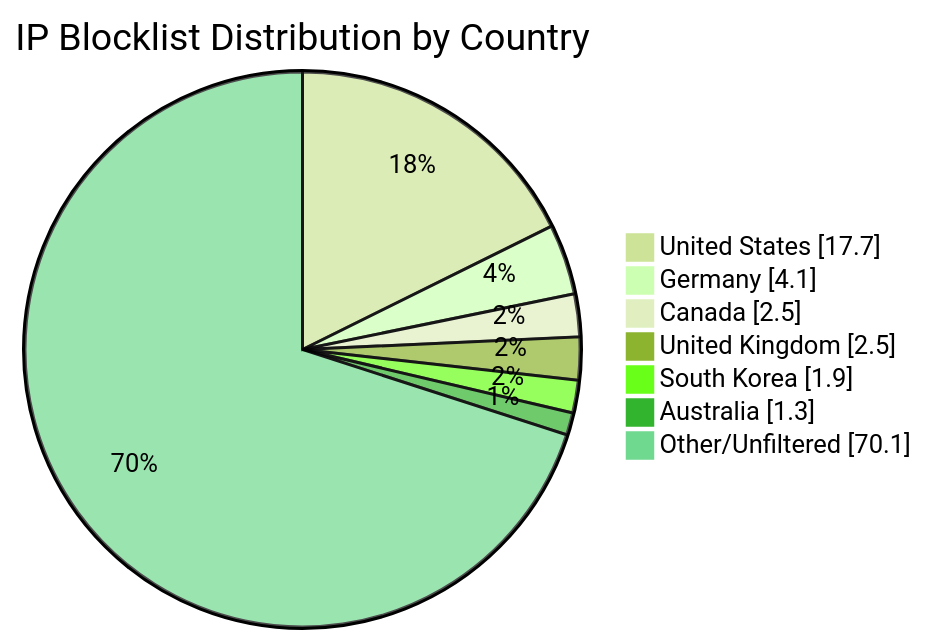
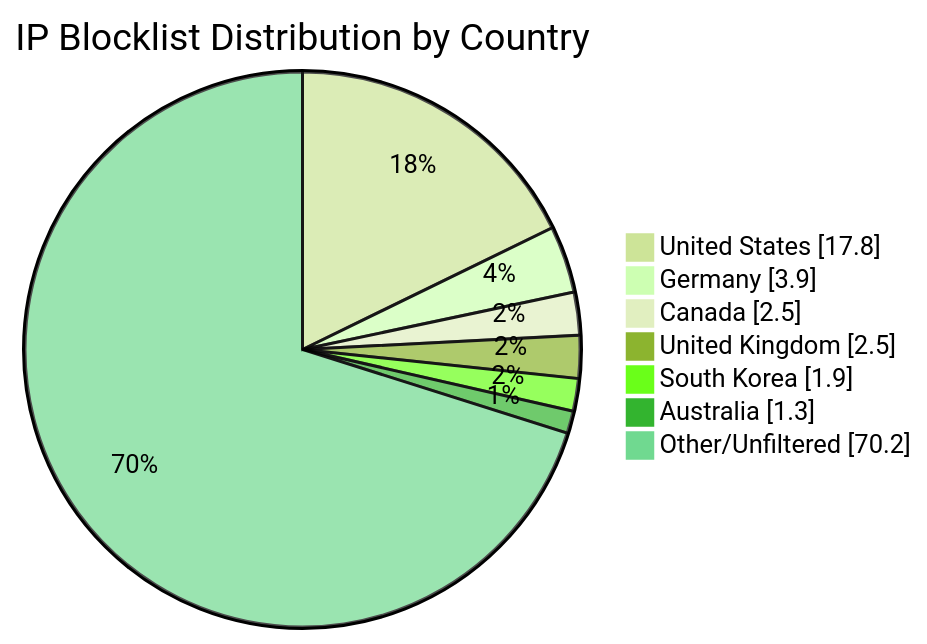
Before and after one commit to MarcusHoltz/ipblocklist-geofiltered-aggregator: the diagram in README.md, drawn with Mermaid (forest theme). The commit also changed other lines of this file and 9 other files, not shown here.

````diff
--- a/README.md
+++ b/README.md
@@ -34,10 +34,10 @@
 ```mermaid
 pie showData title IP Blocklist Distribution by Country
-"United States" : 17.7
-"Germany" : 4.1
+"United States" : 17.8
+"Germany" : 3.9
 "Canada" : 2.5
 "United Kingdom" : 2.5
 "South Korea" : 1.9
 "Australia" : 1.3
-"Other/Unfiltered" : 70.1
+"Other/Unfiltered" : 70.2
 ```
````
